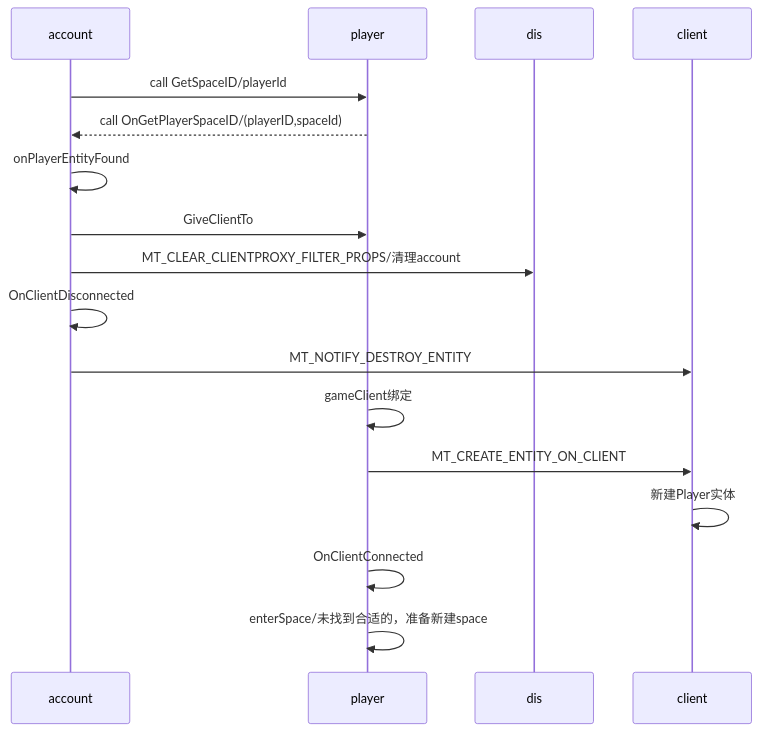
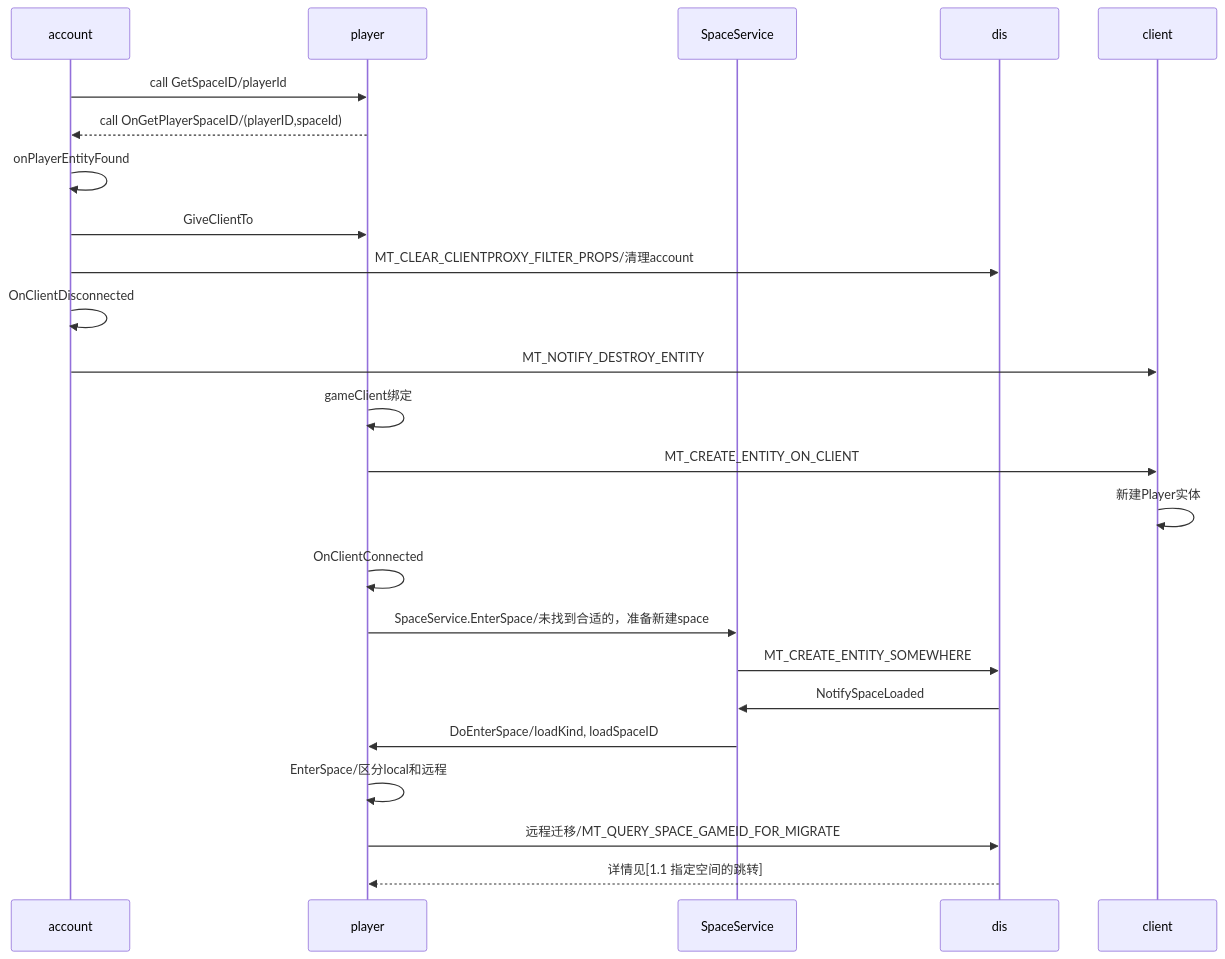
Before and after one commit to hammercui/book-list: the fourth of 5 diagrams in 9.项目阅读笔记/4.3entity.md, drawn with Mermaid. The commit also changed other lines of this file, not shown here.

````diff
--- a/9.项目阅读笔记/4.3entity.md
+++ b/9.项目阅读笔记/4.3entity.md
@@ -84,20 +103,27 @@
 ```mermaid
 sequenceDiagram
     participant account
     participant player
+    participant SpaceService
     participant dis
     participant client
     account ->> player:call GetSpaceID/playerId
     player -->> account:call OnGetPlayerSpaceID/(playerID,spaceId)
     account ->> account: onPlayerEntityFound
     account ->> player: GiveClientTo
     account ->> dis: MT_CLEAR_CLIENTPROXY_FILTER_PROPS/清理account
     account ->> account: OnClientDisconnected
     account ->> client: MT_NOTIFY_DESTROY_ENTITY
     player ->> player:gameClient绑定
     player  ->> client: MT_CREATE_ENTITY_ON_CLIENT
     client  ->> client: 新建Player实体
     player ->>player:  OnClientConnected
-    player ->>player: enterSpace/未找到合适的，准备新建space
+    player ->>SpaceService: SpaceService.EnterSpace/未找到合适的，准备新建space
+    SpaceService ->>dis: MT_CREATE_ENTITY_SOMEWHERE
+    dis ->> SpaceService:NotifySpaceLoaded
+    SpaceService ->>player: DoEnterSpace/loadKind, loadSpaceID
+    player ->> player: EnterSpace/区分local和远程
+    player ->> dis: 远程迁移/MT_QUERY_SPACE_GAMEID_FOR_MIGRATE
+    dis -->>player:详情见[1.1 指定空间的跳转]
 
 ```
````
